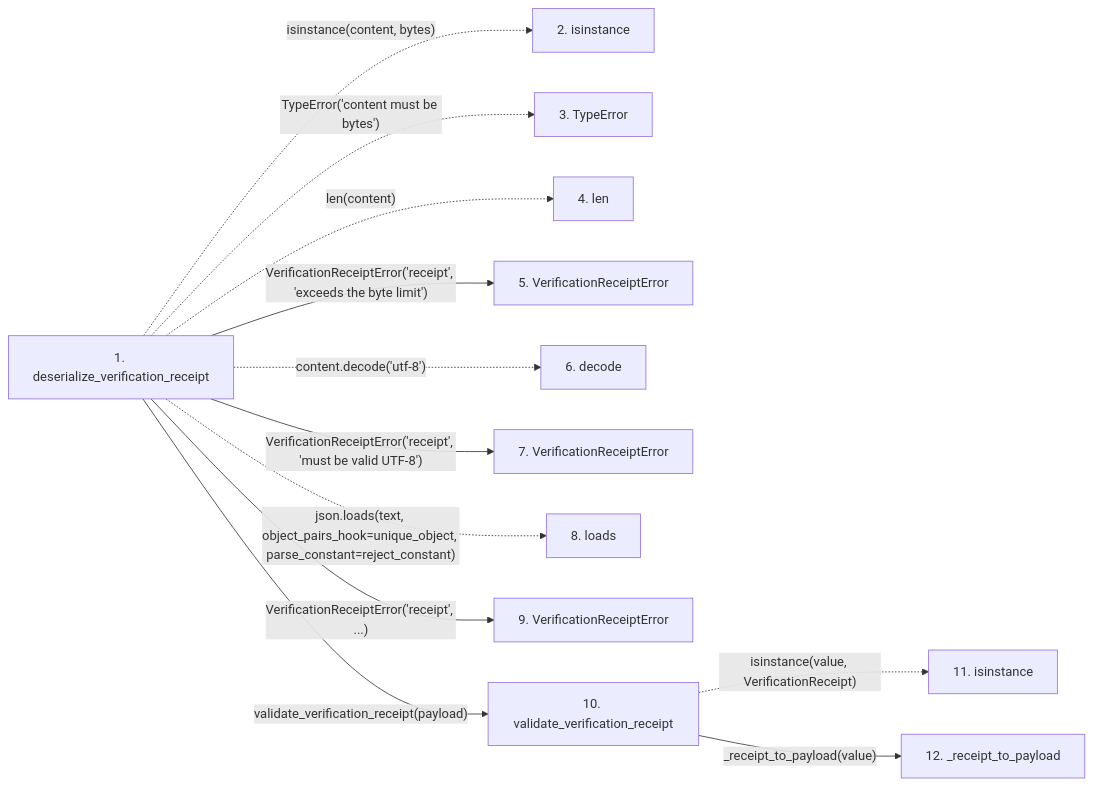
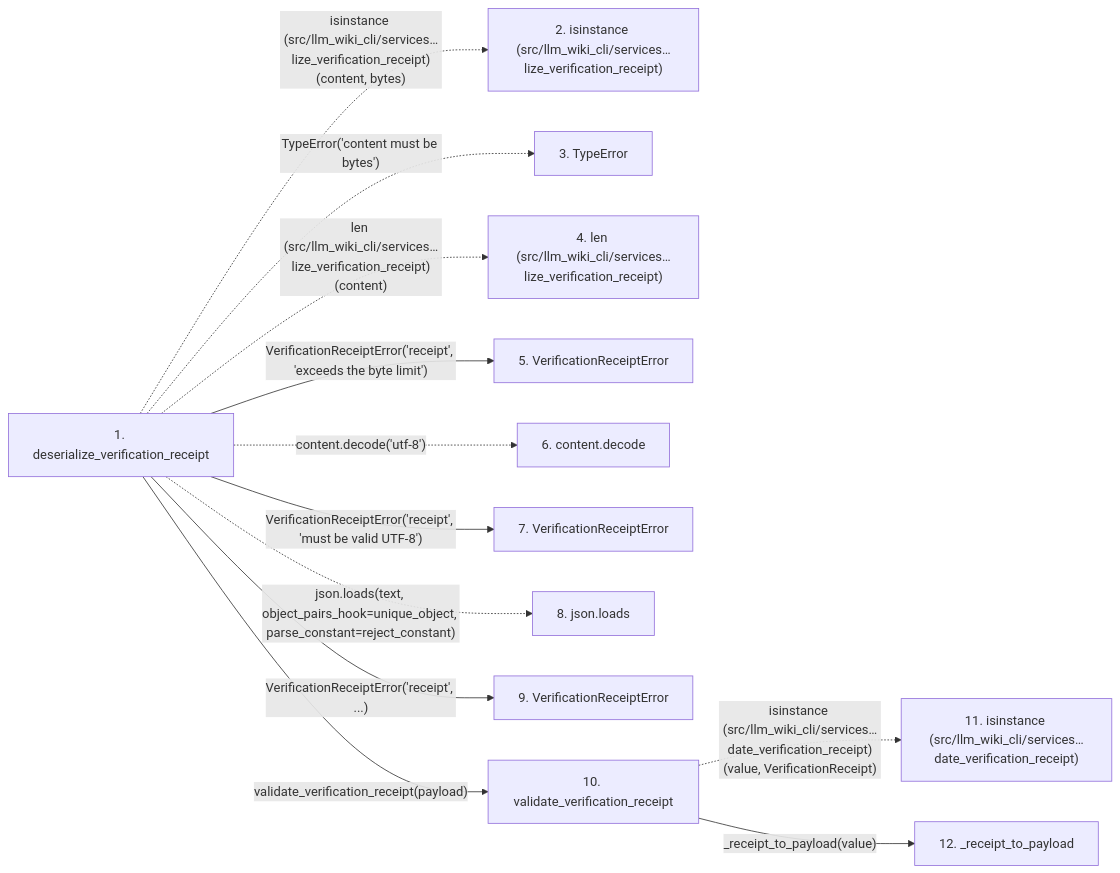
Before and after one commit to Denissvgn/python-wiki-llm: the second of 2 diagrams in docs/llm_wiki/flows/api-deserialize_verification_receipt.md, drawn with Mermaid. The commit also changed other lines of this file and 719 other files, not shown here.

Commit message:
docs: refresh wiki while retaining archived workflow content

````diff
--- a/docs/llm_wiki/flows/api-deserialize_verification_receipt.md
+++ b/docs/llm_wiki/flows/api-deserialize_verification_receipt.md
@@ -70,32 +74,32 @@
 ```mermaid
 flowchart LR
     s1["1. deserialize_verification_receipt"]
-    s2["2. isinstance"]
+    s2["2. isinstance (src/llm_wiki_cli/services…lize_verification_receipt)"]
     s3["3. TypeError"]
-    s4["4. len"]
+    s4["4. len (src/llm_wiki_cli/services…lize_verification_receipt)"]
     s5["5. VerificationReceiptError"]
-    s6["6. decode"]
+    s6["6. content.decode"]
     s7["7. VerificationReceiptError"]
-    s8["8. loads"]
+    s8["8. json.loads"]
     s9["9. VerificationReceiptError"]
     s10["10. validate_verification_receipt"]
-    s11["11. isinstance"]
+    s11["11. isinstance (src/llm_wiki_cli/services…date_verification_receipt)"]
     s12["12. _receipt_to_payload"]
-    s1 -. "isinstance(content, bytes)" .-> s2
+    s1 -. "isinstance (src/llm_wiki_cli/services…lize_verification_receipt)(content, bytes)" .-> s2
     s1 -. "TypeError('content must be bytes')" .-> s3
-    s1 -. "len(content)" .-> s4
+    s1 -. "len (src/llm_wiki_cli/services…lize_verification_receipt)(content)" .-> s4
     s1 -->|"VerificationReceiptError('receipt', 'exceeds the byte limit')"| s5
     s1 -. "content.decode('utf-8')" .-> s6
     s1 -->|"VerificationReceiptError('receipt', 'must be valid UTF-8')"| s7
     s1 -. "json.loads(text, object_pairs_hook=unique_object, parse_constant=reject_constant)" .-> s8
     s1 -->|"VerificationReceiptError('receipt', ...)"| s9
     s1 -->|"validate_verification_receipt(payload)"| s10
-    s10 -. "isinstance(value, VerificationReceipt)" .-> s11
+    s10 -. "isinstance (src/llm_wiki_cli/services…date_verification_receipt)(value, VerificationReceipt)" .-> s11
     s10 -->|"_receipt_to_payload(value)"| s12
     click s1 "../modules/verification_contracts.md"
     click s5 "../modules/verification_contracts.md"
     click s7 "../modules/verification_contracts.md"
     click s9 "../modules/verification_contracts.md"
     click s10 "../modules/verification_contracts.md"
     click s12 "../modules/verification_contracts.md"
 ```
````
